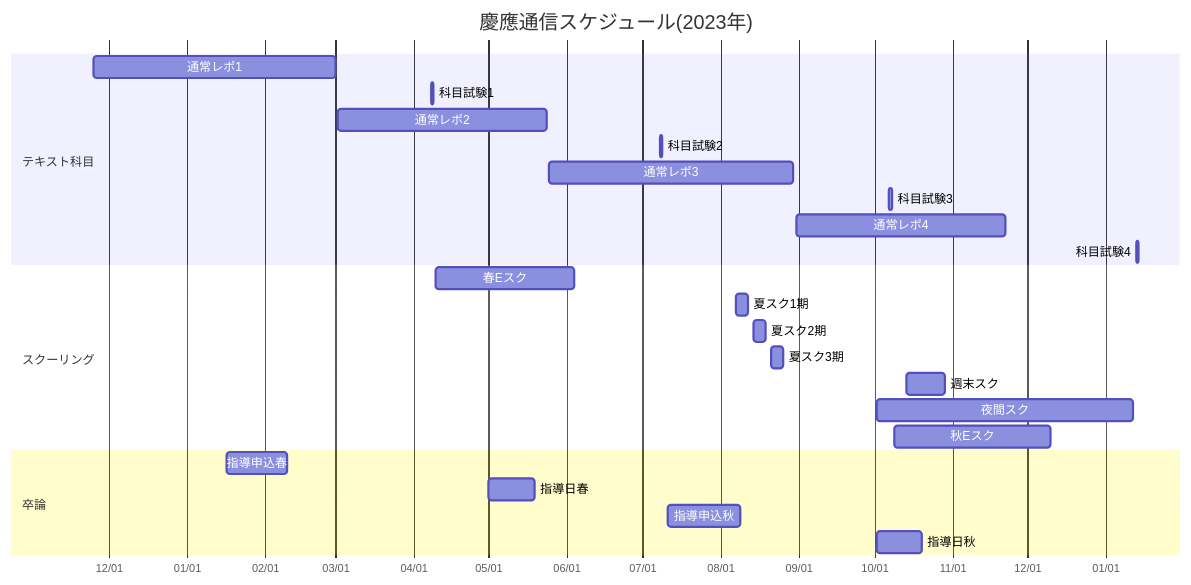
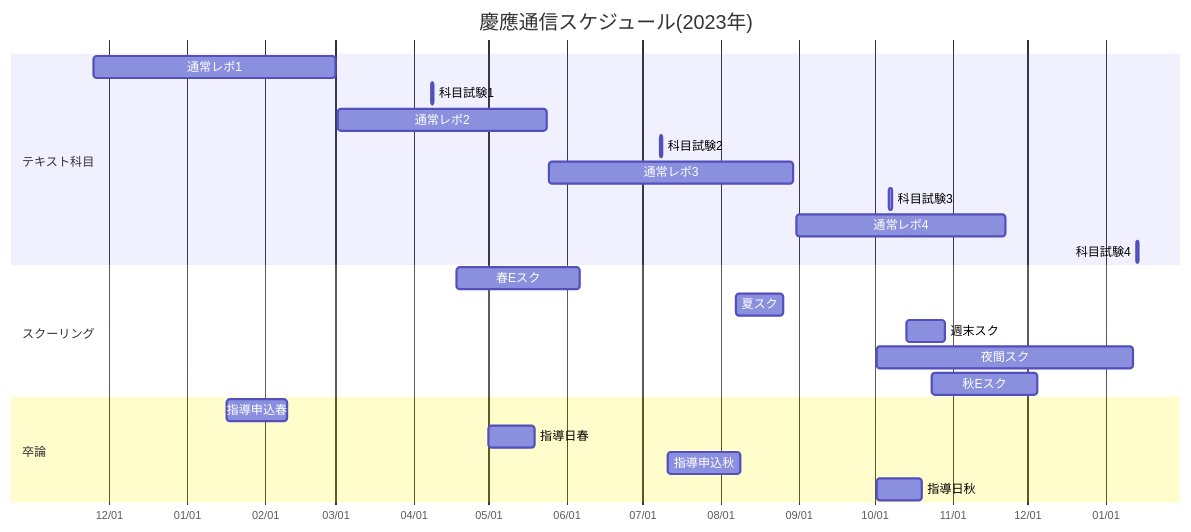
One commit to tmo1031/kcc-tips changed the diagram in schedule/Scheduleｰ2023.md. Above: the diagram before and after it, drawn with Mermaid.

Commit message:
update schedule

````diff
--- a/schedule/Scheduleｰ2023.md
+++ b/schedule/Scheduleｰ2023.md
@@ -1,31 +1,29 @@
 ```mermaid
 gantt
   title 慶應通信スケジュール(2023年)
   dateFormat YY-MM-DD
   axisFormat  %m/%d
 
   section テキスト科目
   通常レポ1: 22-11-25, 23-03-01
   科目試験1: 23-04-08, 23-04-09
   通常レポ2: 23-03-02, 23-05-24
   科目試験2: 23-07-08, 23-07-09
   通常レポ3: 23-05-25, 23-08-30
   科目試験3: 23-10-07, 23-10-08
   通常レポ4: 23-08-31, 23-11-22
   科目試験4: 24-01-13, 24-01-14
 
   section スクーリング
-  春Eスク: 23-04-10, 23-06-04
-  夏スク1期: 23-08-07, 23-08-12
-  夏スク2期: 23-08-14, 23-08-19
-  夏スク3期: 23-08-21, 23-08-26
+  春Eスク: 23-04-18, 23-06-06
+  夏スク: 23-08-07, 23-08-26
   週末スク: 23-10-14, 23-10-29
   夜間スク: 23-10-02, 24-01-12
-  秋Eスク: 23-10-09, 23-12-10
+  秋Eスク: 23-10-24, 23-12-05
 
   section 卒論
   指導申込春: 23-01-17, 23-02-10
   指導日春: 23-05-01, 23-05-19
   指導申込秋: 23-07-11, 23-08-09
   指導日秋: 23-10-02, 23-10-20
 ```
````
